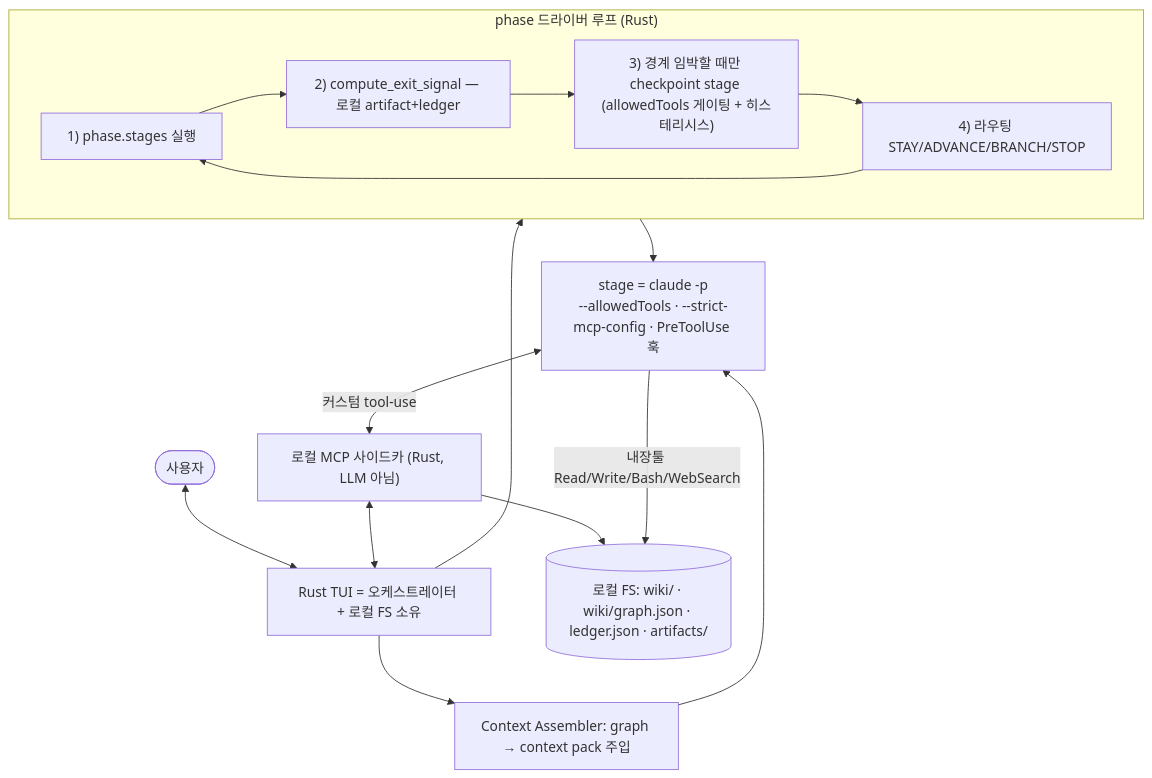
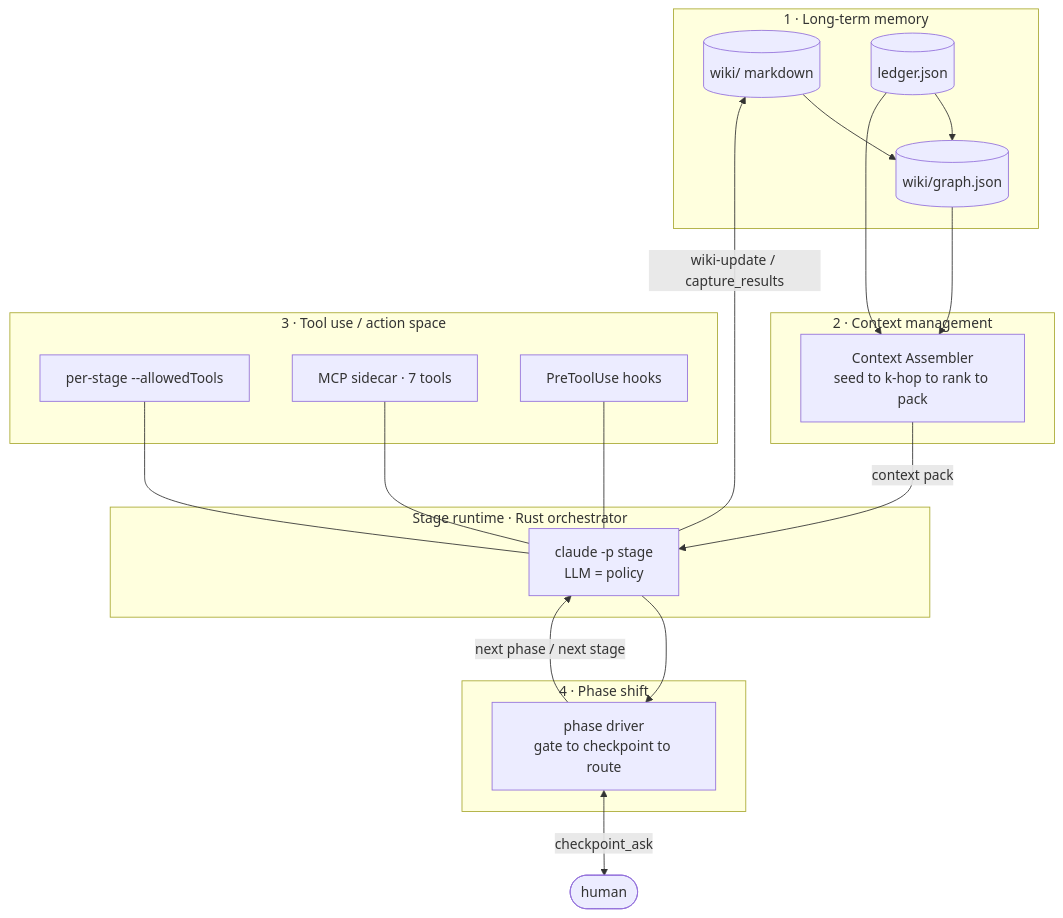
The second of 9 diagrams in docs/research-agent-architecture.md (JiHyuk-Byun/research-llm), drawn with Mermaid before and after one commit. The commit also changed other lines of this file, not shown here.

First line of the commit message:
docs: rewrite architecture report in English, focused on agent building blocks

````diff
--- a/docs/research-agent-architecture.md
+++ b/docs/research-agent-architecture.md
@@ -181,19 +53,35 @@
 ```mermaid
-flowchart TD
-    User([사용자]) <--> TUI["Rust TUI = 오케스트레이터 + 로컬 FS 소유"]
-    subgraph DRV["phase 드라이버 루프 (Rust)"]
-      D1["1) phase.stages 실행"]
-      D2["2) compute_exit_signal — 로컬 artifact+ledger"]
-      D3["3) 경계 임박할 때만 checkpoint stage (allowedTools 게이팅 + 히스테리시스)"]
-      D4["4) 라우팅 STAY/ADVANCE/BRANCH/STOP"]
-      D1-->D2-->D3-->D4-->D1
+flowchart TB
+    Human([human])
+    subgraph A1["1 · Long-term memory"]
+      WIKI[("wiki/ markdown")]
+      GRAPH[("wiki/graph.json")]
+      LEDGER[("ledger.json")]
+      WIKI --> GRAPH
+      LEDGER --> GRAPH
     end
-    TUI --> DRV
-    TUI --> CA["Context Assembler: graph → context pack 주입"]
-    DRV --> STAGE["stage = claude -p<br/>--allowedTools · --strict-mcp-config · PreToolUse 훅"]
-    CA --> STAGE
-    STAGE <-->|"커스텀 tool-use"| SIDE["로컬 MCP 사이드카 (Rust, LLM 아님)"]
-    SIDE --> FS[("로컬 FS: wiki/ · wiki/graph.json · ledger.json · artifacts/")]
-    STAGE -->|"내장툴 Read/Write/Bash/WebSearch"| FS
-    SIDE <--> TUI
+    subgraph A2["2 · Context management"]
+      CA["Context Assembler<br/>seed to k-hop to rank to pack"]
+    end
+    subgraph RUN["Stage runtime · Rust orchestrator"]
+      STAGE["claude -p stage<br/>LLM = policy"]
+    end
+    subgraph A3["3 · Tool use / action space"]
+      AT["per-stage --allowedTools"]
+      MCP["MCP sidecar · 7 tools"]
+      HOOK["PreToolUse hooks"]
+    end
+    subgraph A4["4 · Phase shift"]
+      DRV["phase driver<br/>gate to checkpoint to route"]
+    end
+    GRAPH --> CA
+    LEDGER --> CA
+    CA -->|"context pack"| STAGE
+    AT --- STAGE
+    MCP --- STAGE
+    HOOK --- STAGE
+    STAGE -->|"wiki-update / capture_results"| WIKI
+    STAGE --> DRV
+    DRV -->|"next phase / next stage"| STAGE
+    DRV <-->|"checkpoint_ask"| Human
 ```
````
